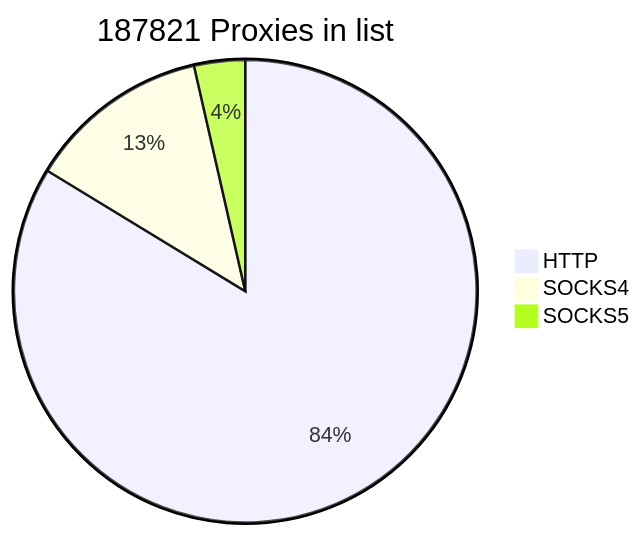
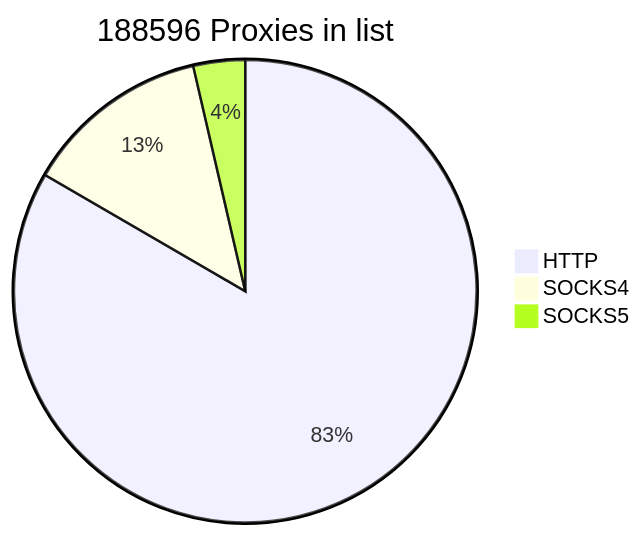
The first of 2 diagrams in README.md (cutipu/proxylist), drawn with Mermaid before and after one commit. The commit also changed other lines of this file, not shown here.

````diff
--- a/README.md
+++ b/README.md
@@ -2,7 +2,7 @@
 ```mermaid
-pie title 187821 Proxies in list
-    "HTTP" : 157221
-    "SOCKS4" : 23915
-    "SOCKS5" : 6685
+pie title 188596 Proxies in list
+    "HTTP" : 157241
+    "SOCKS4" : 24537
+    "SOCKS5" : 6818
             
 ```
````
